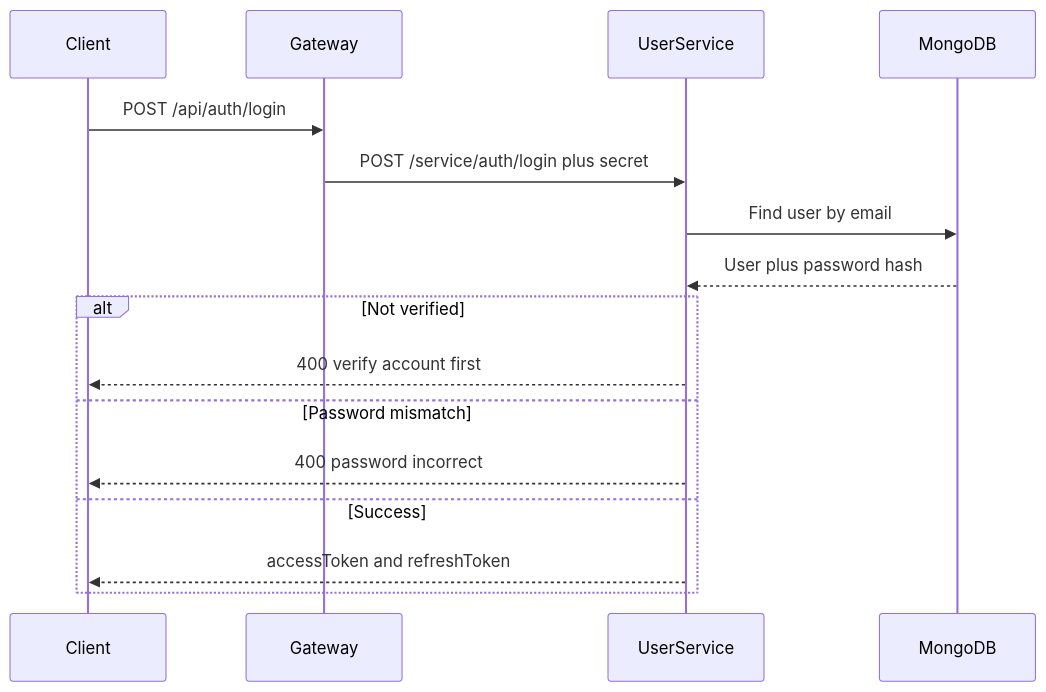
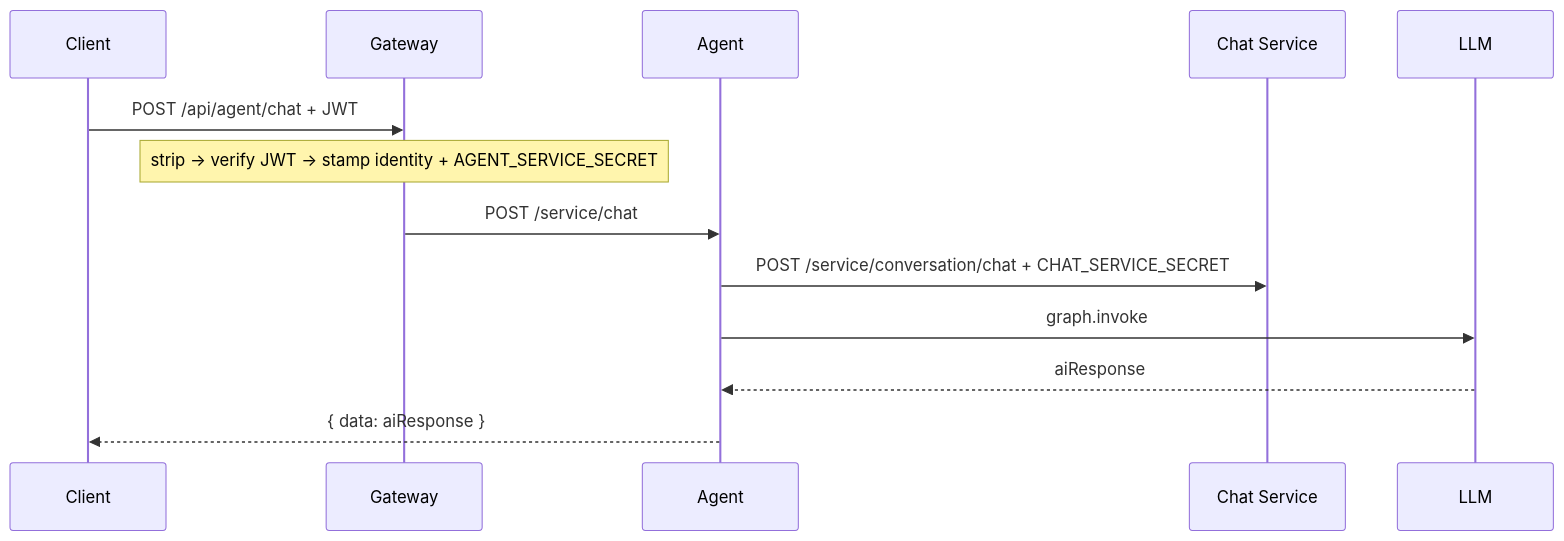
Before and after one commit to iamRazzakk/poscul_agent_microservice_server: the eighth of 8 diagrams in Readme.md, drawn with Mermaid. The commit also changed other lines of this file and 31 other files, not shown here.

Commit message:
Update README to reflect new POSCUL backend structure and system design. Expanded documentation to include service roles, design principles, and component views. Removed outdated API gateway references and clarified service interactions. Deleted obsolete api/README.md file.

````diff
--- a/Readme.md
+++ b/Readme.md
@@ -185,19 +778,16 @@
 ```mermaid
 sequenceDiagram
-  participant Client
-  participant Gateway
-  participant UserService
-  participant MongoDB
+  participant C as Client
+  participant G as Gateway
+  participant A as Agent
+  participant Ch as Chat Service
+  participant L as LLM
 
-  Client->>Gateway: POST /api/auth/login
-  Gateway->>UserService: POST /service/auth/login plus secret
-  UserService->>MongoDB: Find user by email
-  MongoDB-->>UserService: User plus password hash
-  alt Not verified
-    UserService-->>Client: 400 verify account first
-  else Password mismatch
-    UserService-->>Client: 400 password incorrect
-  else Success
-    UserService-->>Client: accessToken and refreshToken
-  end
+  C->>G: POST /api/agent/chat + JWT
+  Note over G: strip → verify JWT → stamp identity + AGENT_SERVICE_SECRET
+  G->>A: POST /service/chat
+  A->>Ch: POST /service/conversation/chat + CHAT_SERVICE_SECRET
+  A->>L: graph.invoke
+  L-->>A: aiResponse
+  A-->>C: { data: aiResponse }
 ```
````
